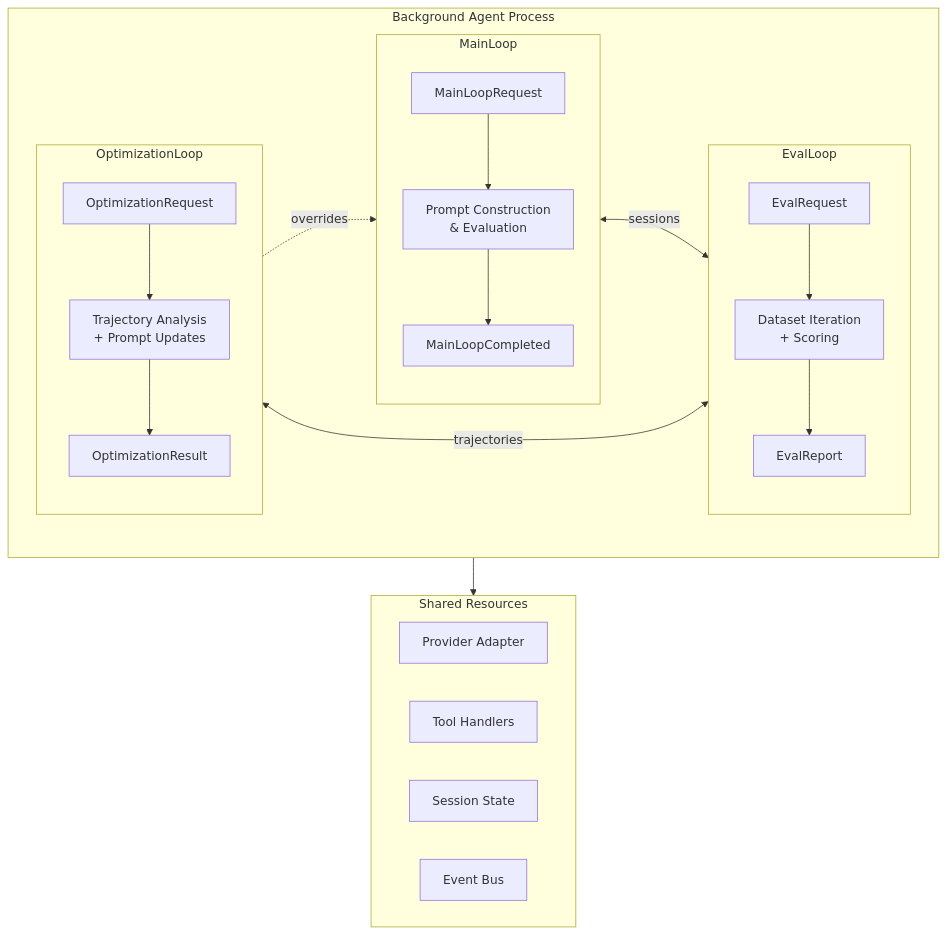
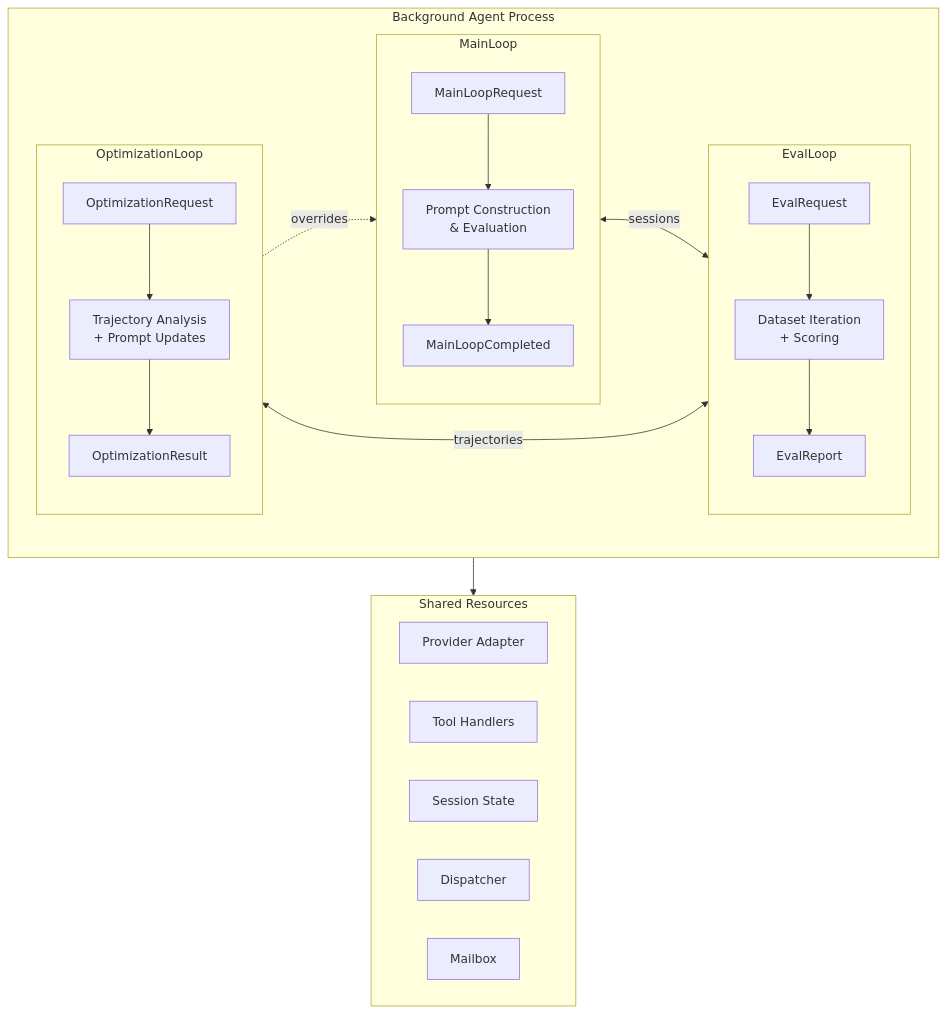
The diagram in specs/WHOLE_STORY.md (weakincentives/weakincentives), drawn with Mermaid before and after one commit. The commit also changed other lines of this file and 1 other file, not shown here.

First line of the commit message:
Update WHOLE_STORY.md for Dispatcher/Mailbox renames

````diff
--- a/specs/WHOLE_STORY.md
+++ b/specs/WHOLE_STORY.md
@@ -25,38 +25,39 @@
 ```mermaid
 flowchart TB
     subgraph Process["Background Agent Process"]
         subgraph Main["MainLoop"]
             MReq["MainLoopRequest"]
             MExec["Prompt Construction<br/>& Evaluation"]
             MRes["MainLoopCompleted"]
             MReq --> MExec --> MRes
         end
 
         subgraph Eval["EvalLoop"]
             EReq["EvalRequest"]
             EExec["Dataset Iteration<br/>+ Scoring"]
             ERes["EvalReport"]
             EReq --> EExec --> ERes
         end
 
         subgraph Opt["OptimizationLoop"]
             OReq["OptimizationRequest"]
             OExec["Trajectory Analysis<br/>+ Prompt Updates"]
             ORes["OptimizationResult"]
             OReq --> OExec --> ORes
         end
 
         Main <-->|"sessions"| Eval
         Eval <-->|"trajectories"| Opt
         Opt -.->|"overrides"| Main
     end
 
     subgraph Shared["Shared Resources"]
         Adapter["Provider Adapter"]
         Tools["Tool Handlers"]
         Session["Session State"]
-        Bus["Event Bus"]
+        Dispatcher["Dispatcher"]
+        Mailbox["Mailbox"]
     end
 
     Process --> Shared
 ```
````
